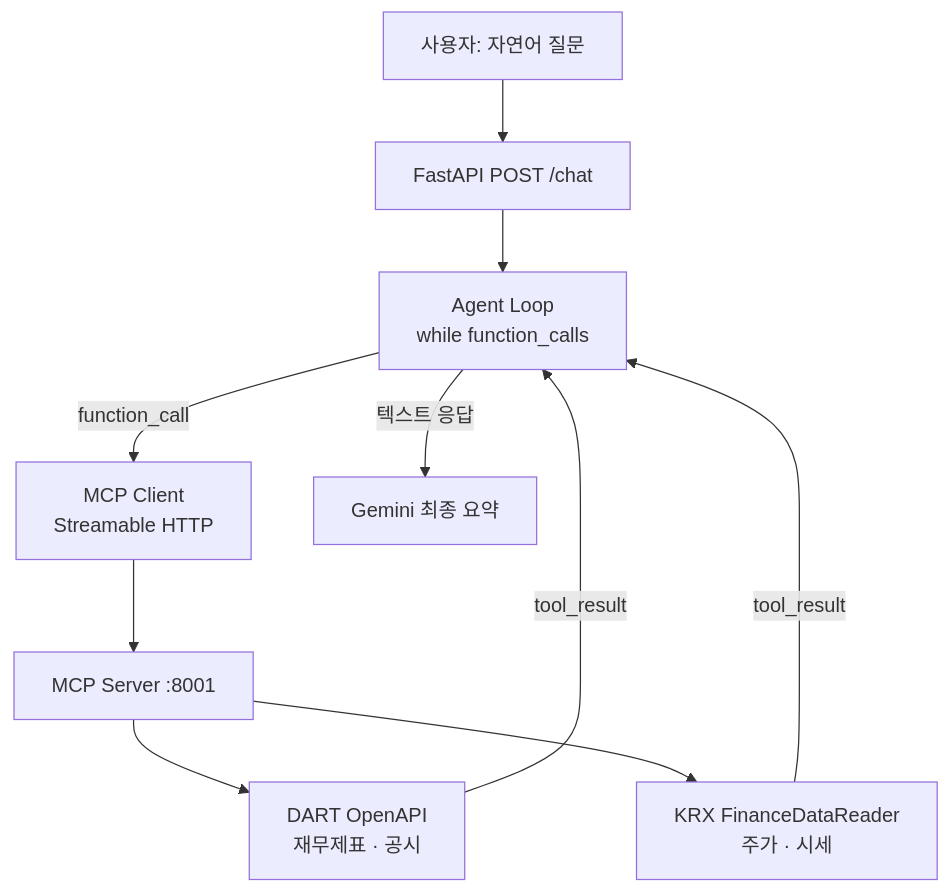
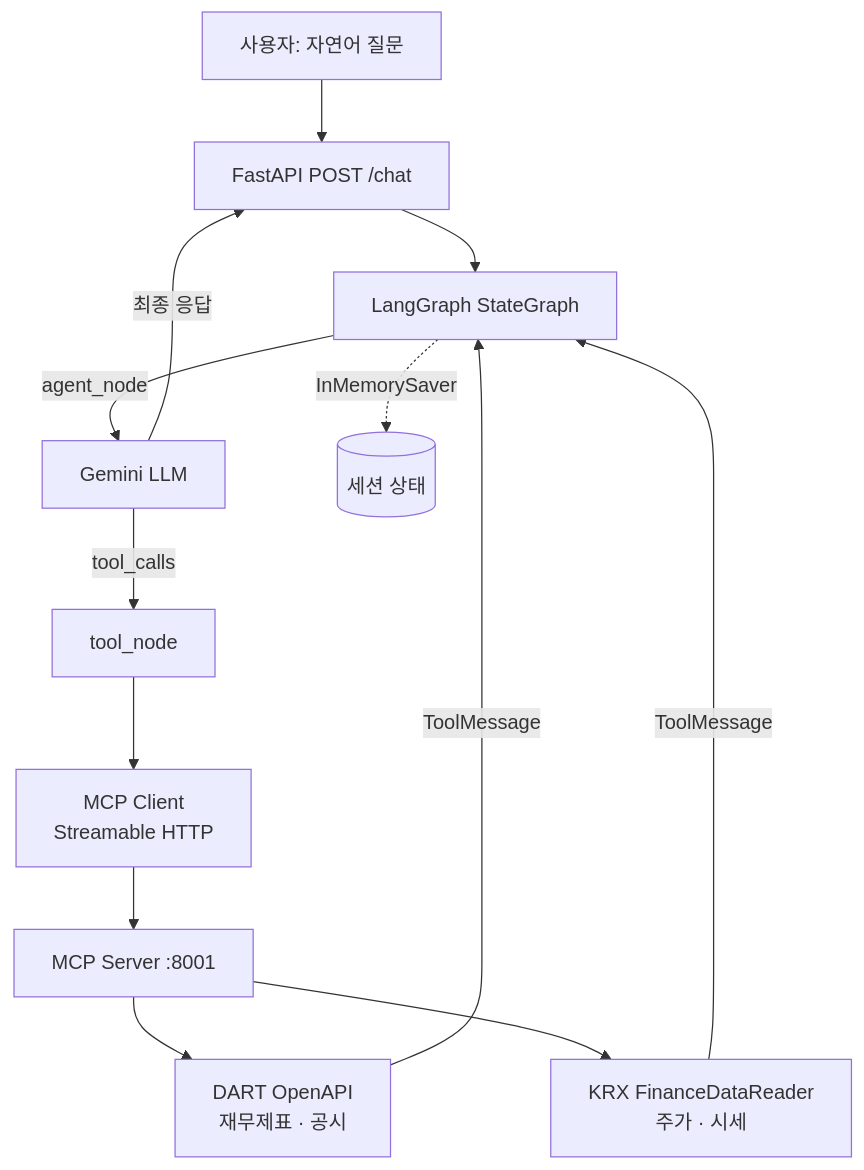
One commit to DvwN-Lee/fAInancial-agent changed the diagram in README.md. Above: the diagram before and after it, drawn with Mermaid. The commit also changed other lines of this file and 12 other files, not shown here.

````diff
--- a/README.md
+++ b/README.md
@@ -10,12 +10,15 @@
 ```mermaid
 graph TD
     A[사용자: 자연어 질문] --> B[FastAPI POST /chat]
-    B --> C[Agent Loop<br/>while function_calls]
-    C -->|function_call| D[MCP Client<br/>Streamable HTTP]
+    B --> C[LangGraph StateGraph]
+    C -->|agent_node| H[Gemini LLM]
+    H -->|tool_calls| T[tool_node]
+    T --> D[MCP Client<br/>Streamable HTTP]
     D --> E[MCP Server :8001]
     E --> F[DART OpenAPI<br/>재무제표 · 공시]
     E --> G[KRX FinanceDataReader<br/>주가 · 시세]
-    F -->|tool_result| C
-    G -->|tool_result| C
-    C -->|텍스트 응답| H[Gemini 최종 요약]
+    F -->|ToolMessage| C
+    G -->|ToolMessage| C
+    H -->|최종 응답| B
+    C -.->|InMemorySaver| S[(세션 상태)]
 ```
````
